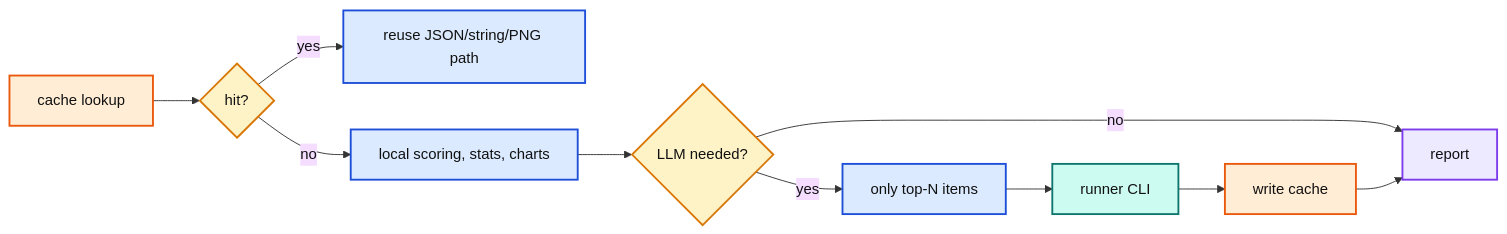
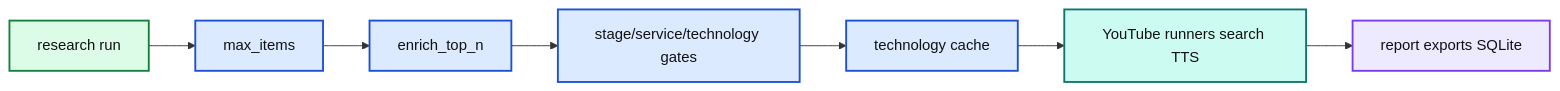
One commit to reshinto/social-research-probe changed the diagram in docs/diagrams/src/cost_flow.mmd. Above: the diagram before and after it, drawn with Mermaid. The commit also changed 107 other files, not shown here.

```diff
--- a/docs/diagrams/src/cost_flow.mmd
+++ b/docs/diagrams/src/cost_flow.mmd
@@ -1,21 +1,18 @@
 %%{init: {"theme":"base","themeVariables":{"background":"#ffffff","mainBkg":"#ffffff","primaryTextColor":"#111111","lineColor":"#333333","fontFamily":"Arial, sans-serif","clusterBkg":"#ffffff","clusterBorder":"#d0d7de"}}}%%
 flowchart LR
-  Cache["cache lookup"] --> Hit{"hit?"}
-  Hit -- yes --> Reuse["reuse JSON/string/PNG path"]
-  Hit -- no --> Cheap["local scoring, stats, charts"]
-  Cheap --> Needed{"LLM needed?"}
-  Needed -- no --> Report["report"]
-  Needed -- yes --> TopN["only top-N items"] --> Runner["runner CLI"] --> Store["write cache"] --> Report
+  Run["research run"] --> MaxItems["max_items"] --> TopN["enrich_top_n"]
+  TopN --> Gates["stage/service/technology gates"] --> Cache["technology cache"]
+  Cache --> Providers["YouTube runners search TTS"]
+  Providers --> Outputs["report exports SQLite"]
+  class Run input;
+  class MaxItems,TopN,Gates,Cache process;
+  class Providers external;
+  class Outputs output;
 
   classDef input fill:#dcfce7,stroke:#15803d,color:#111111,stroke-width:2px;
   classDef process fill:#dbeafe,stroke:#1d4ed8,color:#111111,stroke-width:2px;
   classDef analysis fill:#fef3c7,stroke:#d97706,color:#111111,stroke-width:2px;
   classDef external fill:#ccfbf1,stroke:#0f766e,color:#111111,stroke-width:2px;
   classDef output fill:#ede9fe,stroke:#7c3aed,color:#111111,stroke-width:2px;
   classDef config fill:#ffedd5,stroke:#ea580c,color:#111111,stroke-width:2px;
   classDef risk fill:#fee2e2,stroke:#dc2626,color:#111111,stroke-width:2px;
-  class Cache,Store config;
-  class Hit,Needed analysis;
-  class Reuse,Cheap,TopN process;
-  class Runner external;
-  class Report output;
```
